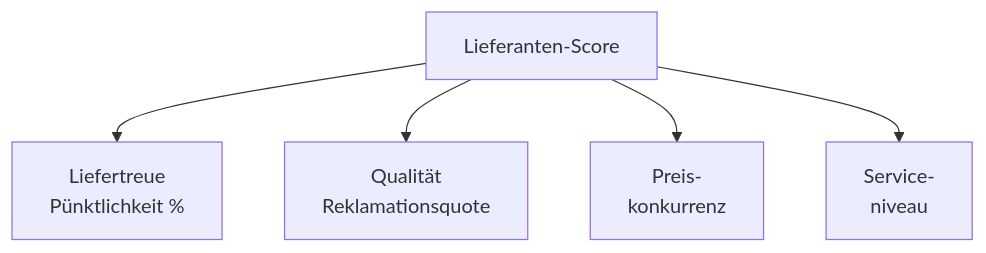
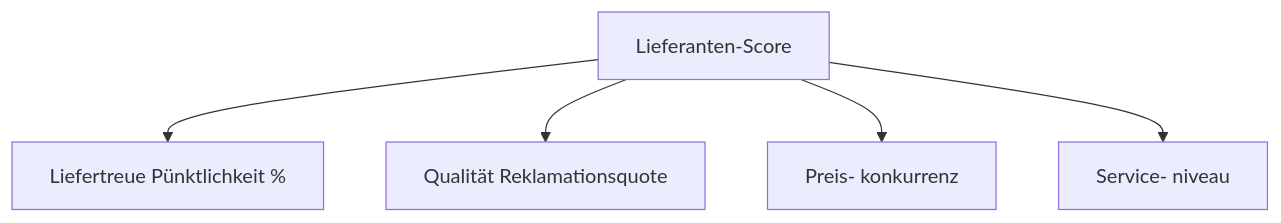
One commit to SoniiiT/notes-n-docs changed the fifth of 7 diagrams in Microsoft 365/Dynamics 365/Dynamics 365 Supply Chain Management.md. Above: the diagram before and after it, drawn with Mermaid. The commit also changed other lines of this file and 124 other files, not shown here.

First line of the commit message:
fix: Entferne \n aus allen Mermaid-Diagrammen (125 Dateien)

````diff
--- a/Microsoft 365/Dynamics 365/Dynamics 365 Supply Chain Management.md
+++ b/Microsoft 365/Dynamics 365/Dynamics 365 Supply Chain Management.md
@@ -136,7 +136,7 @@
 ```mermaid
 graph TD
-    SCORE[Lieferanten-Score] --> DELIV[Liefertreue\nPünktlichkeit %]
-    SCORE --> QUAL[Qualität\nReklamationsquote]
-    SCORE --> PRICE[Preis-\nkonkurrenz]
-    SCORE --> SERV[Service-\nniveau]
+    SCORE[Lieferanten-Score] --> DELIV[Liefertreue Pünktlichkeit %]
+    SCORE --> QUAL[Qualität Reklamationsquote]
+    SCORE --> PRICE[Preis- konkurrenz]
+    SCORE --> SERV[Service- niveau]
 ```
````
